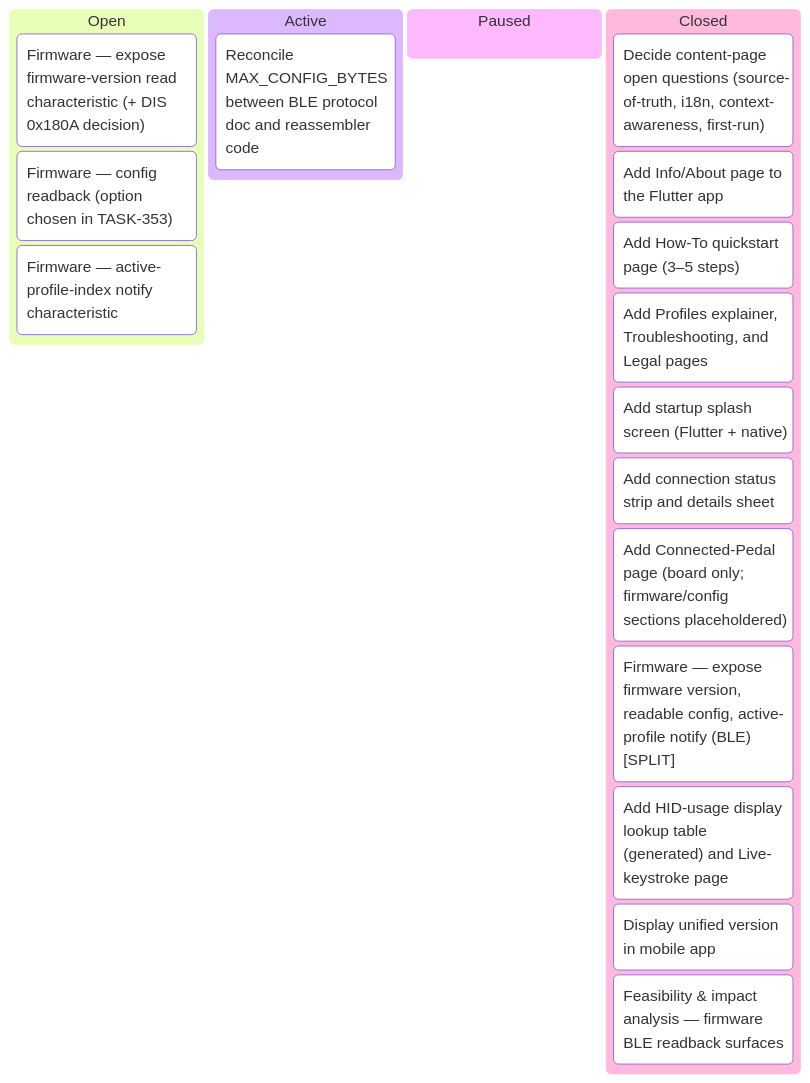
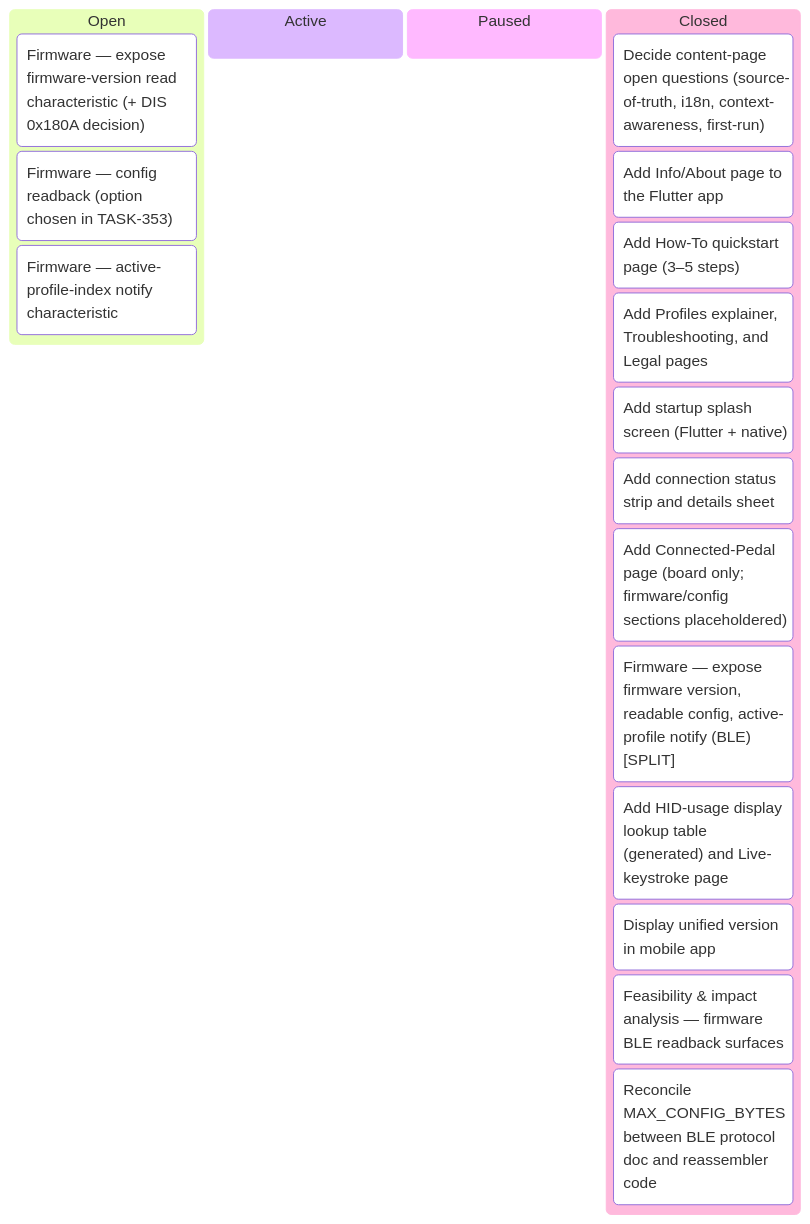
One commit to tgd1975/AwesomeStudioPedal changed the first of 7 diagrams in docs/developers/tasks/KANBAN.md. Above: the diagram before and after it, drawn with Mermaid. The commit also changed other lines of this file and 4 other files, not shown here.

````diff
--- a/docs/developers/tasks/KANBAN.md
+++ b/docs/developers/tasks/KANBAN.md
@@ -11,22 +11,22 @@
 ```mermaid
 kanban
   Open
     TASK_354["Firmware — expose firmware-version read characteristic (+ DIS 0x180A decision)"]
     TASK_355["Firmware — config readback (option chosen in TASK-353)"]
     TASK_356["Firmware — active-profile-index notify characteristic"]
   Active
-    TASK_357["Reconcile MAX_CONFIG_BYTES between BLE protocol doc and reassembler code"]
   Paused
   Closed
     TASK_330["Decide content-page open questions (source-of-truth, i18n, context-awareness, first-run)"]
     TASK_331["Add Info/About page to the Flutter app"]
     TASK_332["Add How-To quickstart page (3–5 steps)"]
     TASK_333["Add Profiles explainer, Troubleshooting, and Legal pages"]
     TASK_334["Add startup splash screen (Flutter + native)"]
     TASK_335["Add connection status strip and details sheet"]
     TASK_336["Add Connected-Pedal page (board only; firmware/config sections placeholdered)"]
     TASK_337["Firmware — expose firmware version, readable config, active-profile notify (BLE) [SPLIT]"]
     TASK_338["Add HID-usage display lookup table (generated) and Live-keystroke page"]
     TASK_349["Display unified version in mobile app"]
     TASK_353["Feasibility & impact analysis — firmware BLE readback surfaces"]
+    TASK_357["Reconcile MAX_CONFIG_BYTES between BLE protocol doc and reassembler code"]
 ```
````
